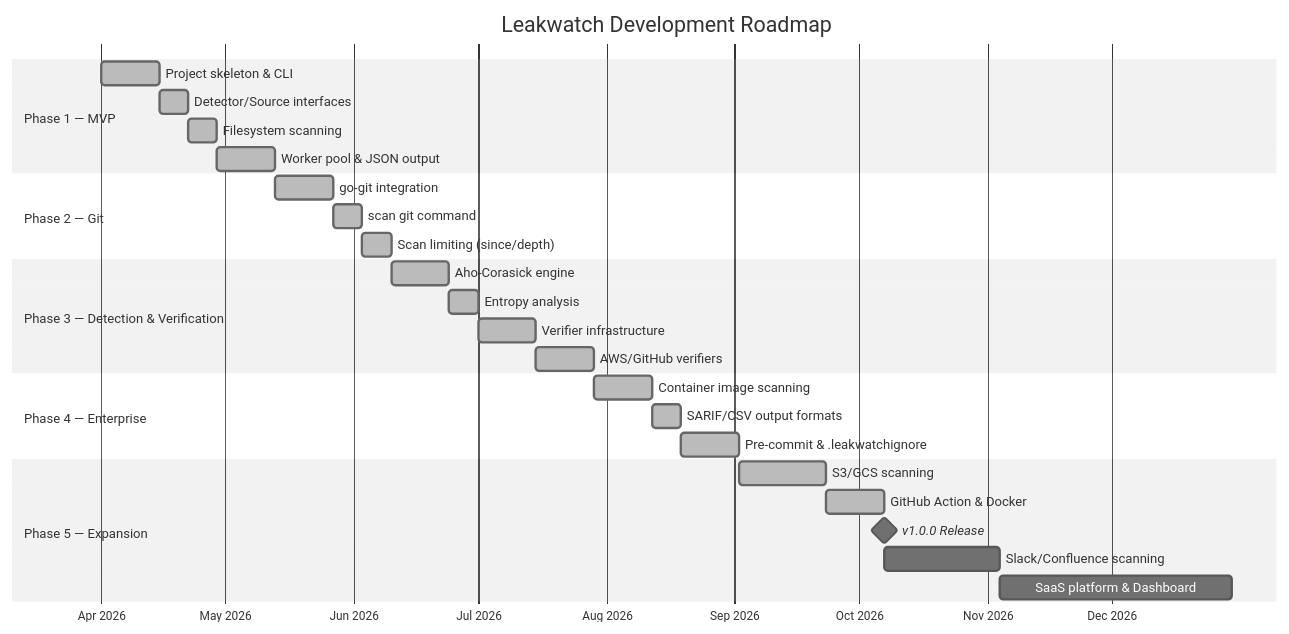
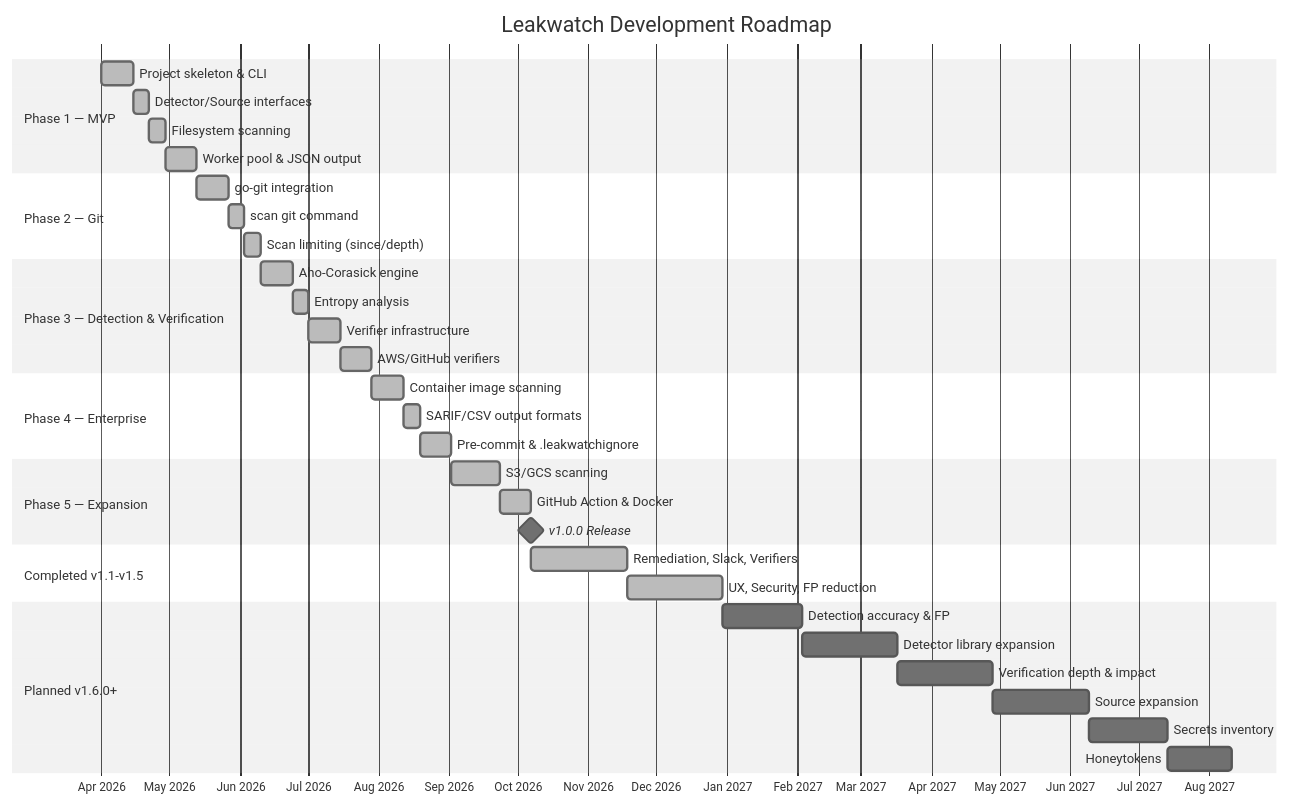
Before and after one commit to HodeTech/Leakwatch: the diagram in docs/05-ROADMAP.md, drawn with Mermaid (neutral theme). The commit also changed other lines of this file and 1 other file, not shown here.

````diff
--- a/docs/05-ROADMAP.md
+++ b/docs/05-ROADMAP.md
@@ -84,35 +89,45 @@
 ```mermaid
 gantt
     title Leakwatch Development Roadmap
     dateFormat YYYY-MM-DD
     axisFormat %b %Y
 
     section Phase 1 — MVP
         Project skeleton & CLI          :done, f1a, 2026-04-01, 2w
         Detector/Source interfaces      :done, f1b, after f1a, 1w
         Filesystem scanning             :done, f1c, after f1b, 1w
         Worker pool & JSON output       :done, f1d, after f1c, 2w
 
     section Phase 2 — Git
         go-git integration              :done, f2a, after f1d, 2w
         scan git command                :done, f2b, after f2a, 1w
         Scan limiting (since/depth)     :done, f2c, after f2b, 1w
 
     section Phase 3 — Detection & Verification
         Aho-Corasick engine             :done, f3a, after f2c, 2w
         Entropy analysis                :done, f3b, after f3a, 1w
         Verifier infrastructure         :done, f3c, after f3b, 2w
         AWS/GitHub verifiers            :done, f3d, after f3c, 2w
 
     section Phase 4 — Enterprise
         Container image scanning        :done, f4a, after f3d, 2w
         SARIF/CSV output formats        :done, f4b, after f4a, 1w
         Pre-commit & .leakwatchignore   :done, f4c, after f4b, 2w
 
     section Phase 5 — Expansion
         S3/GCS scanning                 :done, f5a, after f4c, 3w
         GitHub Action & Docker          :done, f5b, after f5a, 2w
         v1.0.0 Release                  :milestone, after f5b, 0d
-        Slack/Confluence scanning       :f5c, after f5b, 4w
-        SaaS platform & Dashboard       :f5d, after f5c, 8w
+
+    section Completed v1.1-v1.5
+        Remediation, Slack, Verifiers   :done, f6, after f5b, 6w
+        UX, Security, FP reduction      :done, f8, after f6, 6w
+
+    section Planned v1.6.0+
+        Detection accuracy & FP         :p9, after f8, 5w
+        Detector library expansion      :p10, after p9, 6w
+        Verification depth & impact     :p11, after p10, 6w
+        Source expansion                :p12, after p11, 6w
+        Secrets inventory               :p13, after p12, 5w
+        Honeytokens                     :p14, after p13, 4w
 ```
````
